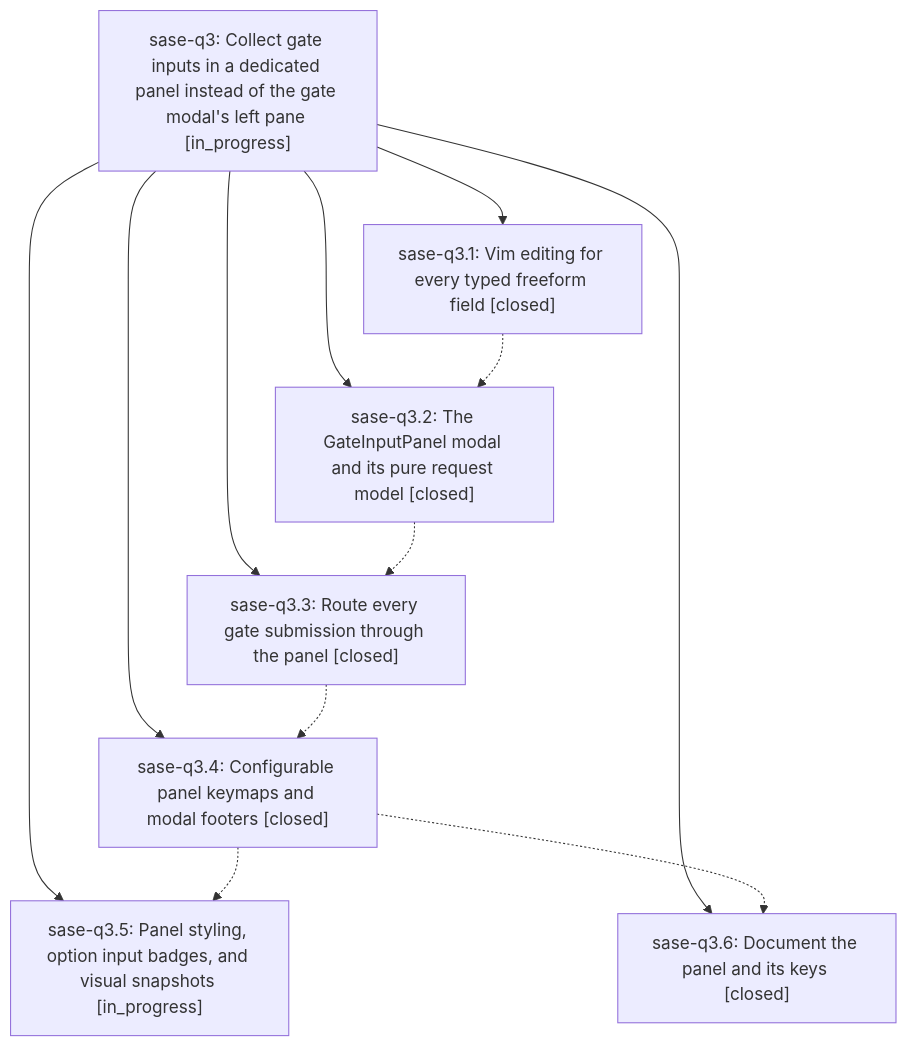
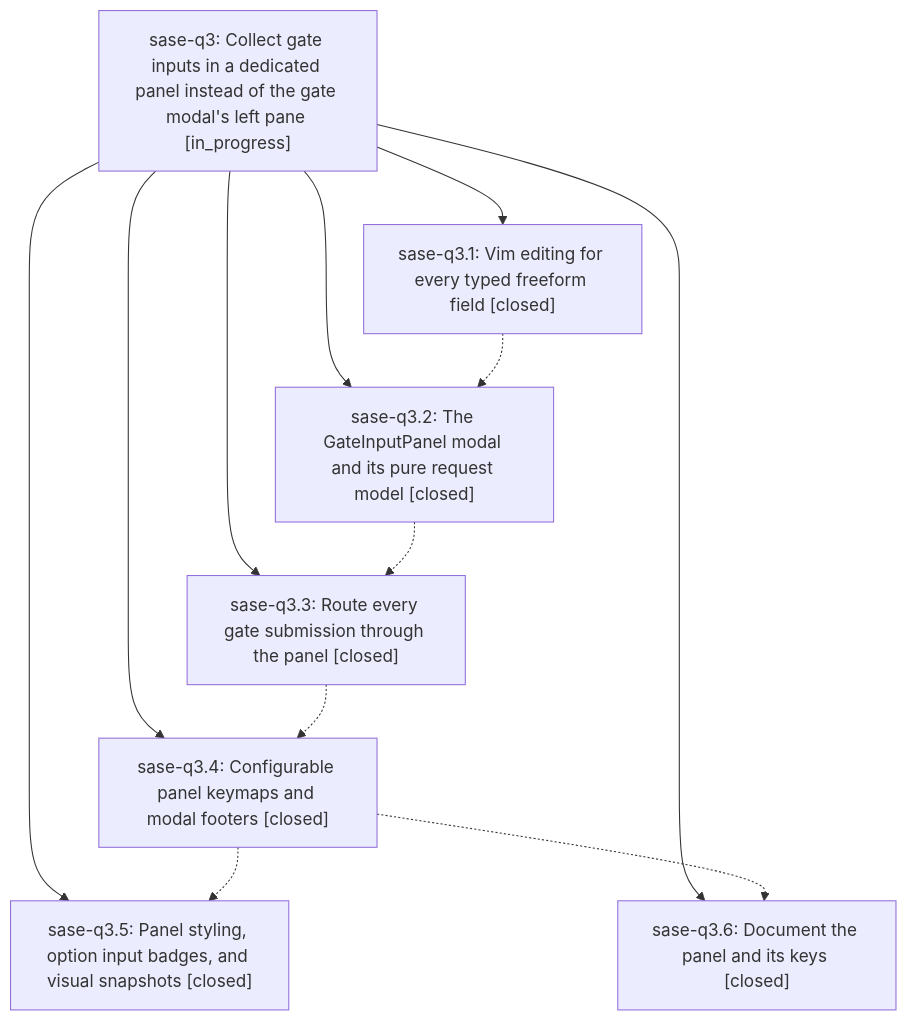
The diagram in pages/sase-q3/README.md (sase-org/sase--beads), drawn with Mermaid before and after one commit. The commit also changed other lines of this file and 2 other files, not shown here.

First line of the commit message:
chore(beads): sync bead state and pages for sase-q3

````diff
--- a/pages/sase-q3/README.md
+++ b/pages/sase-q3/README.md
@@ -27,21 +27,21 @@
 ```mermaid
 flowchart TD
     n0["sase-q3: Collect gate inputs in a dedicated panel instead of the gate modal's left pane [in_progress]"]
     n1["sase-q3.1: Vim editing for every typed freeform field [closed]"]
     n2["sase-q3.2: The GateInputPanel modal and its pure request model [closed]"]
     n3["sase-q3.3: Route every gate submission through the panel [closed]"]
     n4["sase-q3.4: Configurable panel keymaps and modal footers [closed]"]
-    n5["sase-q3.5: Panel styling, option input badges, and visual snapshots [in_progress]"]
+    n5["sase-q3.5: Panel styling, option input badges, and visual snapshots [closed]"]
     n6["sase-q3.6: Document the panel and its keys [closed]"]
     n0 --> n1
     n0 --> n2
     n0 --> n3
     n0 --> n4
     n0 --> n5
     n0 --> n6
     n1 -.-> n2
     n2 -.-> n3
     n3 -.-> n4
     n4 -.-> n5
     n4 -.-> n6
 ```
````
